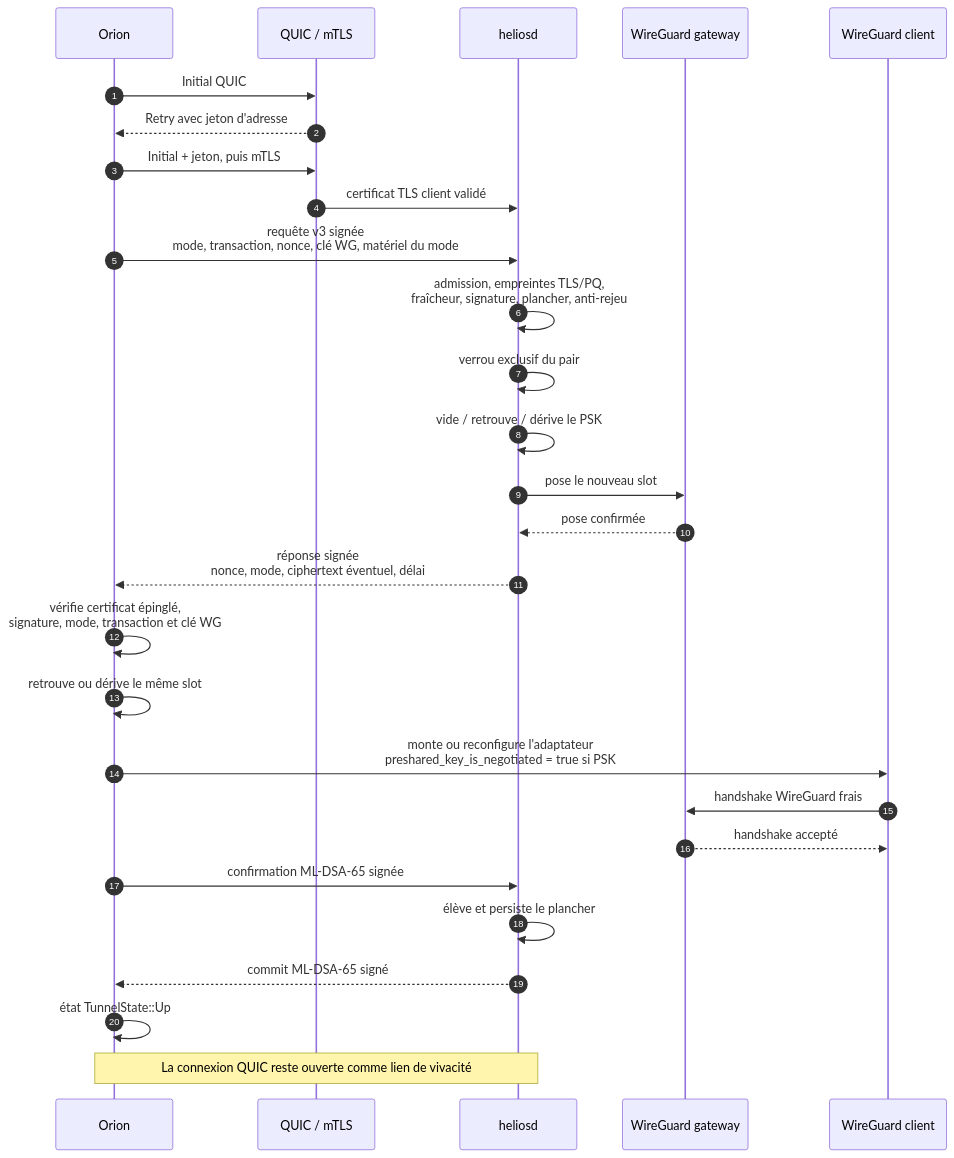
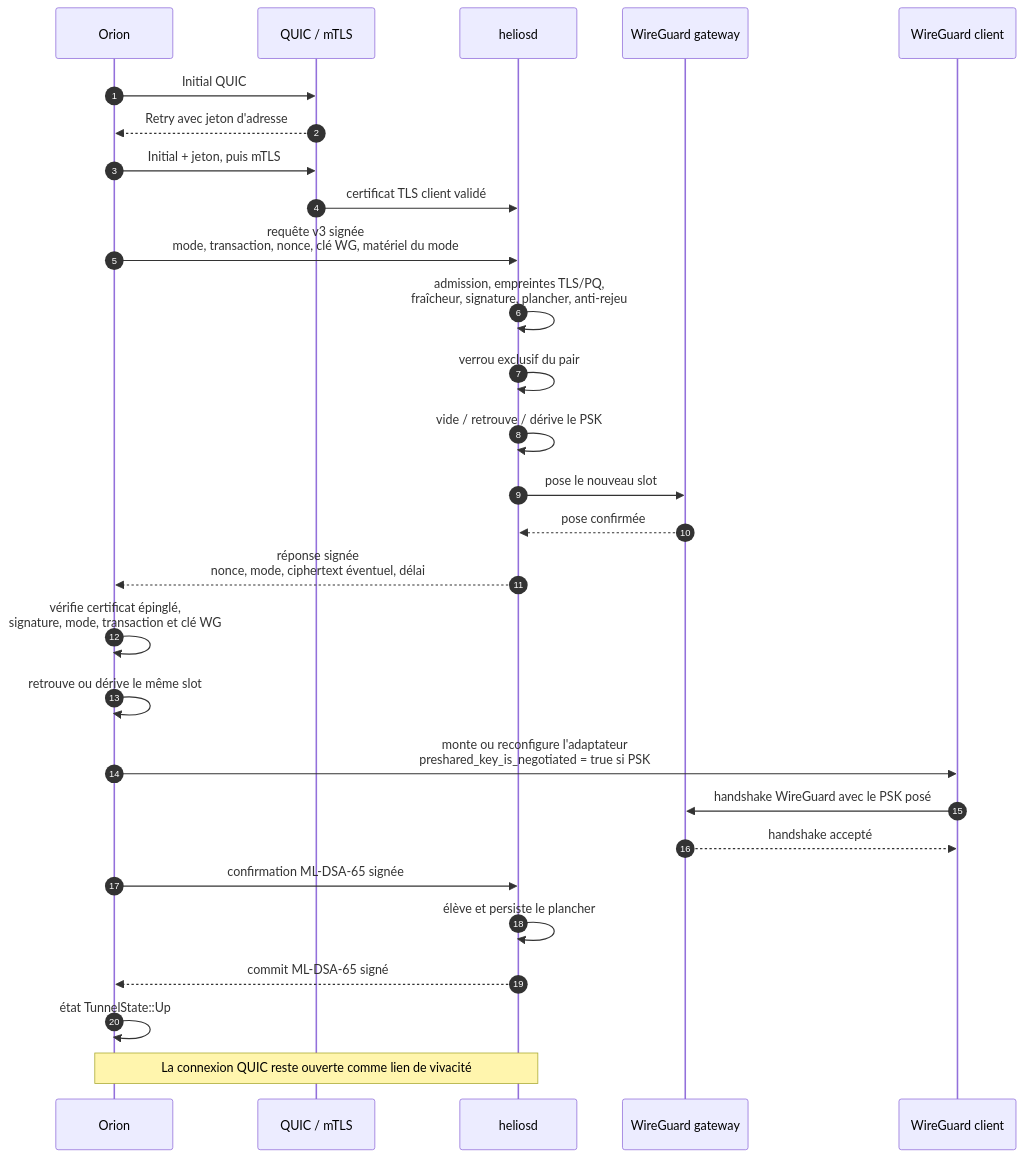
The second of 4 diagrams in docs/adr/ADR-005-NEGOCIATION-DE-CLE.md (atxme/helios), drawn with Mermaid before and after one commit. The commit also changed other lines of this file and 18 other files, not shown here.

````diff
--- a/docs/adr/ADR-005-NEGOCIATION-DE-CLE.md
+++ b/docs/adr/ADR-005-NEGOCIATION-DE-CLE.md
@@ -267,31 +267,31 @@
 ```mermaid
 sequenceDiagram
     autonumber
     participant O as Orion
     participant Q as QUIC / mTLS
     participant H as heliosd
     participant G as WireGuard gateway
     participant C as WireGuard client
 
     O->>Q: Initial QUIC
     Q-->>O: Retry avec jeton d'adresse
     O->>Q: Initial + jeton, puis mTLS
     Q->>H: certificat TLS client validé
     O->>H: requête v3 signée<br/>mode, transaction, nonce, clé WG, matériel du mode
     H->>H: admission, empreintes TLS/PQ,<br/>fraîcheur, signature, plancher, anti-rejeu
     H->>H: verrou exclusif du pair
     H->>H: vide / retrouve / dérive le PSK
     H->>G: pose le nouveau slot
     G-->>H: pose confirmée
     H-->>O: réponse signée<br/>nonce, mode, ciphertext éventuel, délai
     O->>O: vérifie certificat épinglé,<br/>signature, mode, transaction et clé WG
     O->>O: retrouve ou dérive le même slot
     O->>C: monte ou reconfigure l'adaptateur<br/>preshared_key_is_negotiated = true si PSK
-    C->>G: handshake WireGuard frais
+    C->>G: handshake WireGuard avec le PSK posé
     G-->>C: handshake accepté
     O->>H: confirmation ML-DSA-65 signée
     H->>H: élève et persiste le plancher
     H-->>O: commit ML-DSA-65 signé
     O->>O: état TunnelState::Up
     Note over O,H: La connexion QUIC reste ouverte comme lien de vivacité
 ```
````
